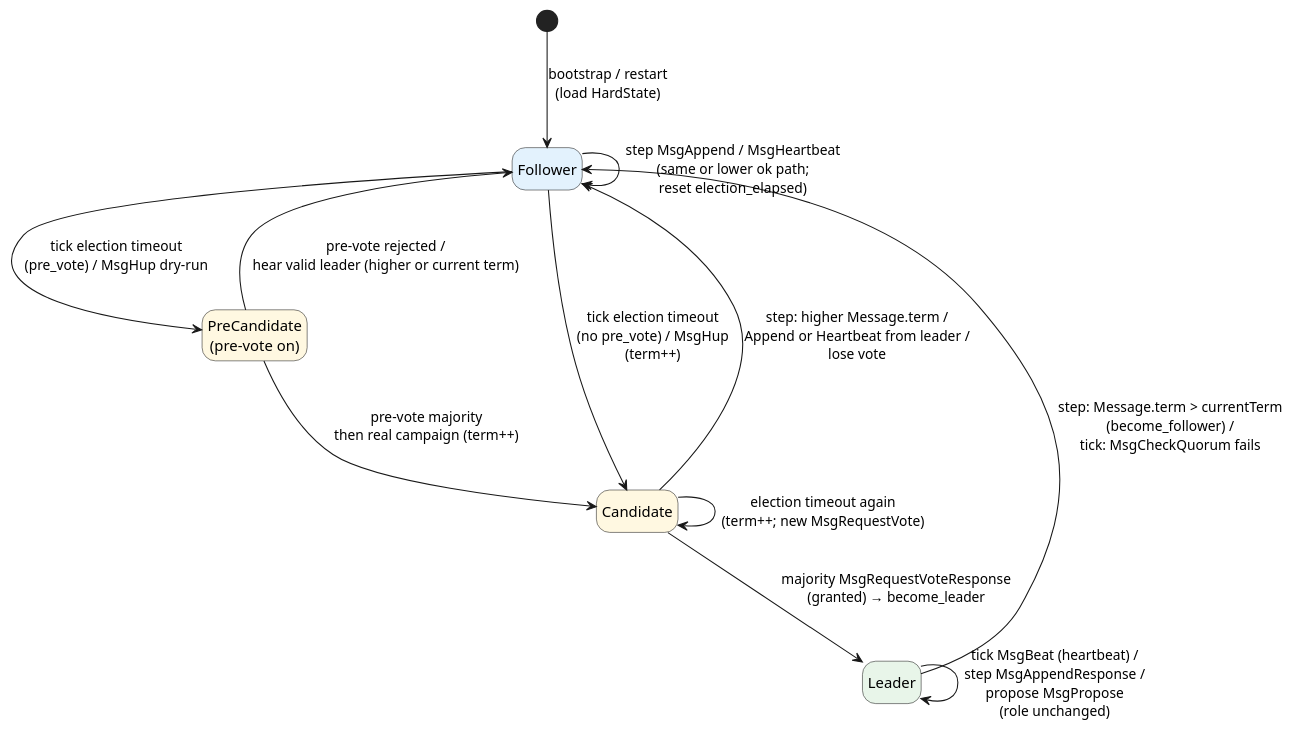
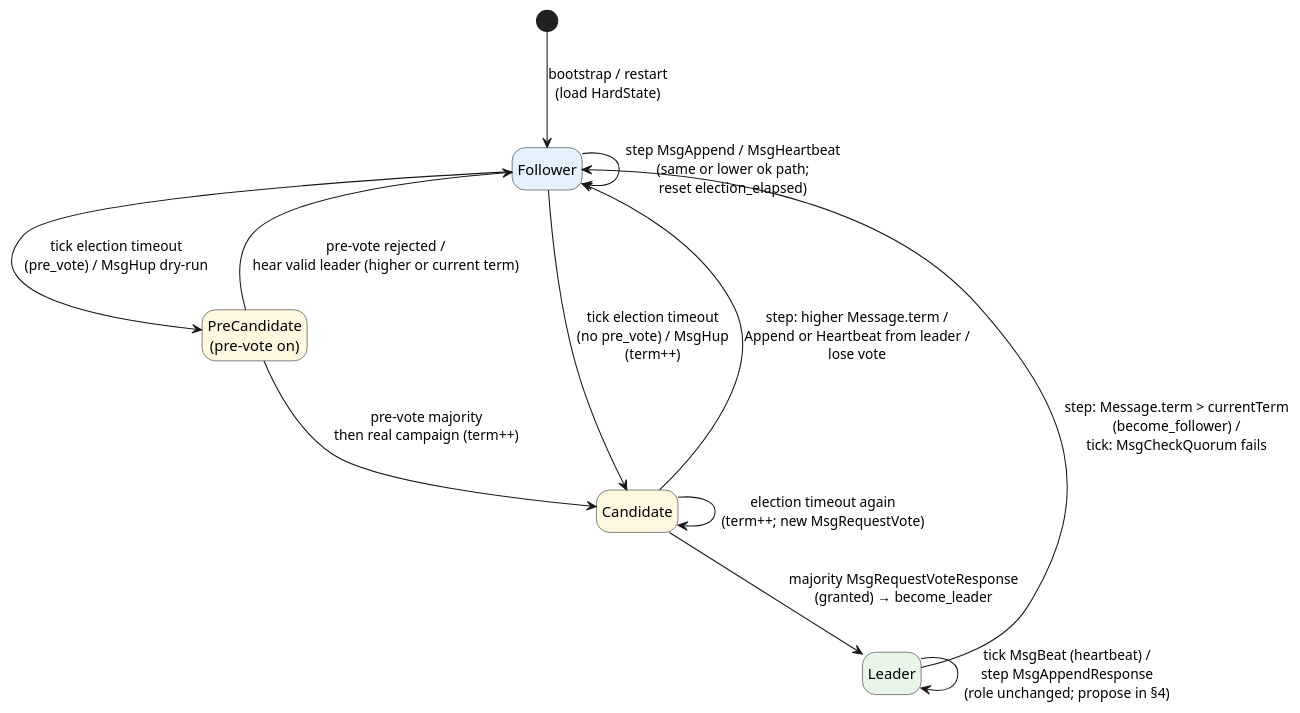
The fourth of 4 diagrams in content/post/data/db/tidb/tikv/index.md (kevinwang930/kevinwang930.github.io), drawn with PlantUML before and after one commit. The commit also changed other lines of this file and 8 other files, not shown here.

````diff
--- a/content/post/data/db/tidb/tikv/index.md
+++ b/content/post/data/db/tidb/tikv/index.md
@@ -627,32 +949,32 @@
 ```plantuml
 @startuml
 hide empty description
 skinparam state {
   BackgroundColor<<leader>> #E8F5E9
   BackgroundColor<<cand>> #FFF8E1
   BackgroundColor<<fol>> #E3F2FD
 }
 
 state "Follower" as F <<fol>>
 state "PreCandidate\n(pre-vote on)" as P <<cand>>
 state "Candidate" as C <<cand>>
 state "Leader" as L <<leader>>
 
 [*] --> F : bootstrap / restart\n(load HardState)
 
 F --> P : tick election timeout\n(pre_vote) / MsgHup dry-run
 F --> C : tick election timeout\n(no pre_vote) / MsgHup\n(term++)
 P --> C : pre-vote majority\nthen real campaign (term++)
 P --> F : pre-vote rejected /\nhear valid leader (higher or current term)
 
 C --> L : majority MsgRequestVoteResponse\n(granted) → become_leader
 C --> C : election timeout again\n(term++; new MsgRequestVote)
 C --> F : step: higher Message.term /\nAppend or Heartbeat from leader /\nlose vote
 
 L --> F : step: Message.term > currentTerm\n(become_follower) /\ntick: MsgCheckQuorum fails
 
 F --> F : step MsgAppend / MsgHeartbeat\n(same or lower ok path;\nreset election_elapsed)
-L --> L : tick MsgBeat (heartbeat) /\nstep MsgAppendResponse /\npropose MsgPropose\n(role unchanged)
+L --> L : tick MsgBeat (heartbeat) /\nstep MsgAppendResponse\n(role unchanged; propose in §4)
 
 @enduml
 ```
````
